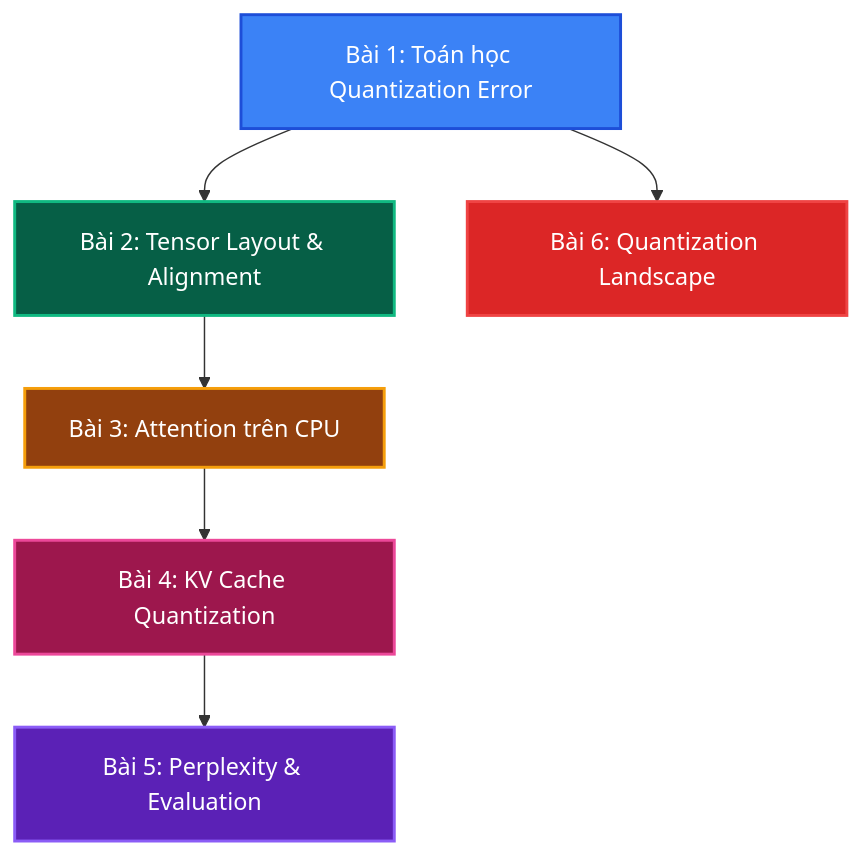
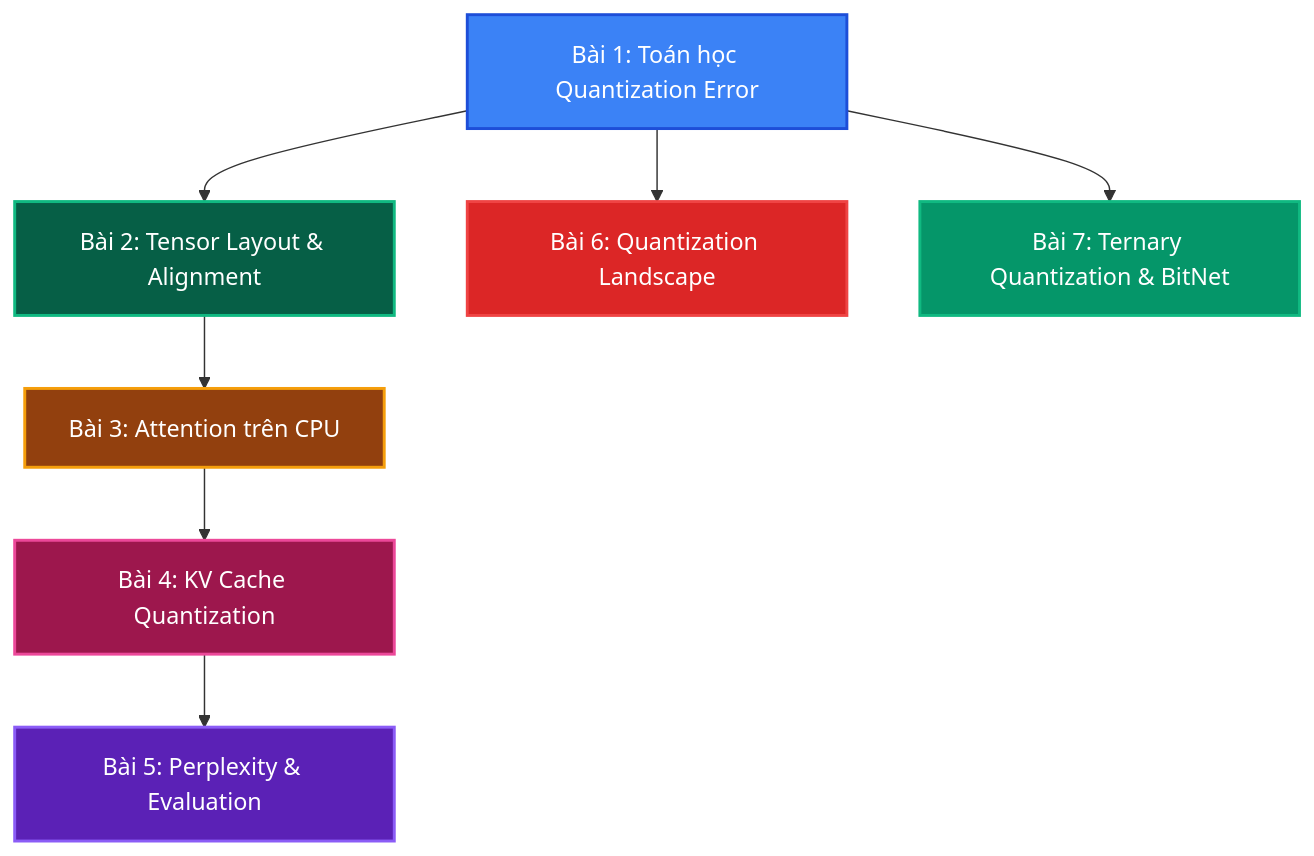
One commit to tuandung222/llama-cpp-architecture-lectures changed the diagram in docs/theory_deep_dive/roadmap_theory.md. Above: the diagram before and after it, drawn with Mermaid. The commit also changed other lines of this file and 14 other files, not shown here.

First line of the commit message:
Source-code audit: fix 9 hallucinations + add BitNet.cpp curriculum (lesson_10, theory_7, case_6)

````diff
--- a/docs/theory_deep_dive/roadmap_theory.md
+++ b/docs/theory_deep_dive/roadmap_theory.md
@@ -14,15 +14,17 @@
 ```mermaid
 graph TD
     T1[Bài 1: Toán học Quantization Error] --> T2[Bài 2: Tensor Layout & Alignment]
     T2 --> T3[Bài 3: Attention trên CPU]
     T3 --> T4[Bài 4: KV Cache Quantization]
     T4 --> T5[Bài 5: Perplexity & Evaluation]
     T1 --> T6[Bài 6: Quantization Landscape]
+    T1 --> T7[Bài 7: Ternary Quantization & BitNet]
 
     style T1 fill:#3b82f6,stroke:#1d4ed8,stroke-width:2px,color:#fff
     style T2 fill:#065f46,stroke:#10b981,stroke-width:2px,color:#fff
     style T3 fill:#92400e,stroke:#f59e0b,stroke-width:2px,color:#fff
     style T4 fill:#9d174d,stroke:#ec4899,stroke-width:2px,color:#fff
     style T5 fill:#5b21b6,stroke:#8b5cf6,stroke-width:2px,color:#fff
     style T6 fill:#dc2626,stroke:#ef4444,stroke-width:2px,color:#fff
+    style T7 fill:#059669,stroke:#10b981,stroke-width:2px,color:#fff
 ```
````
